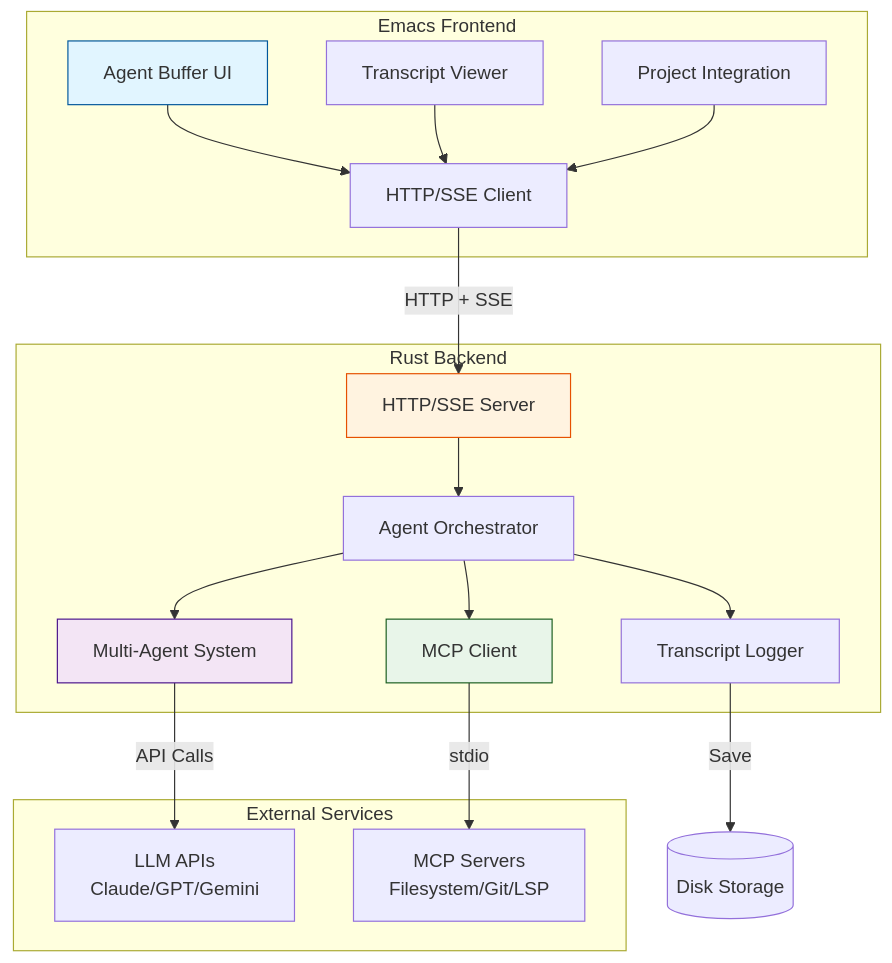
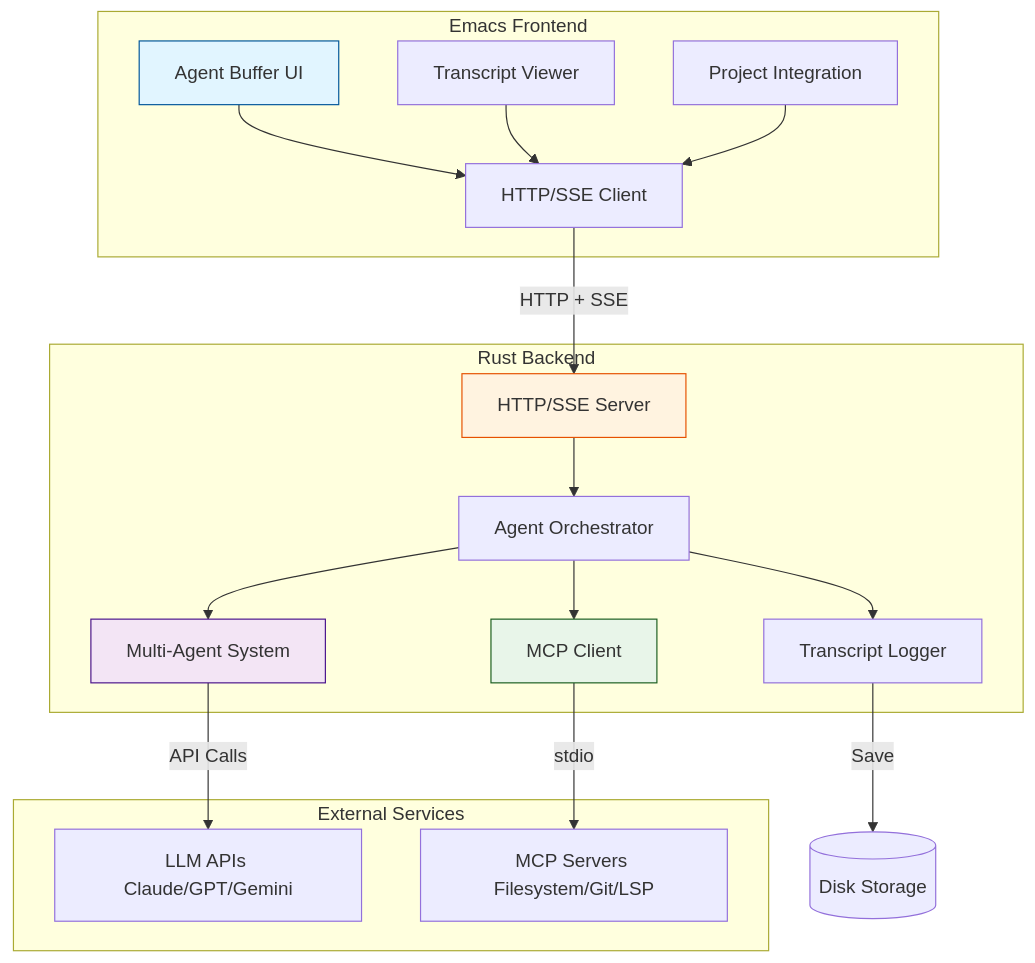
One commit to softwarewrighter/emacs-agent changed the first of 7 diagrams in wiki/Architecture-Overview.md. Above: the diagram before and after it, drawn with Mermaid. The commit also changed other lines of this file and 7 other files, not shown here.

First line of the commit message:
Fix wiki Mermaid diagrams: remove <br/> tags

````diff
--- a/wiki/Architecture-Overview.md
+++ b/wiki/Architecture-Overview.md
@@ -11,43 +11,43 @@
 ```mermaid
 graph TB
     subgraph "Emacs Frontend"
         UI[Agent Buffer UI]
         TRANSCRIPT[Transcript Viewer]
         PROJECT[Project Integration]
         API_CLIENT[HTTP/SSE Client]
     end
 
     subgraph "Rust Backend"
         HTTP_SERVER[HTTP/SSE Server]
         ORCHESTRATOR[Agent Orchestrator]
         AGENTS[Multi-Agent System]
         MCP_CLIENT[MCP Client]
         TRANSCRIPT_LOG[Transcript Logger]
     end
 
     subgraph "External Services"
-        LLM[LLM APIs<br/>Claude/GPT/Gemini]
-        MCP_SERVERS[MCP Servers<br/>Filesystem/Git/LSP]
+        LLM[LLM APIs Claude/GPT/Gemini]
+        MCP_SERVERS[MCP Servers Filesystem/Git/LSP]
     end
 
     UI --> API_CLIENT
     TRANSCRIPT --> API_CLIENT
     PROJECT --> API_CLIENT
 
     API_CLIENT -->|HTTP + SSE| HTTP_SERVER
 
     HTTP_SERVER --> ORCHESTRATOR
     ORCHESTRATOR --> AGENTS
     ORCHESTRATOR --> MCP_CLIENT
     ORCHESTRATOR --> TRANSCRIPT_LOG
 
     AGENTS -->|API Calls| LLM
     MCP_CLIENT -->|stdio| MCP_SERVERS
 
     TRANSCRIPT_LOG -->|Save| DISK[(Disk Storage)]
 
     style UI fill:#e1f5ff,stroke:#01579b
     style HTTP_SERVER fill:#fff3e0,stroke:#e65100
     style AGENTS fill:#f3e5f5,stroke:#4a148c
     style MCP_CLIENT fill:#e8f5e9,stroke:#1b5e20
 ```
````
